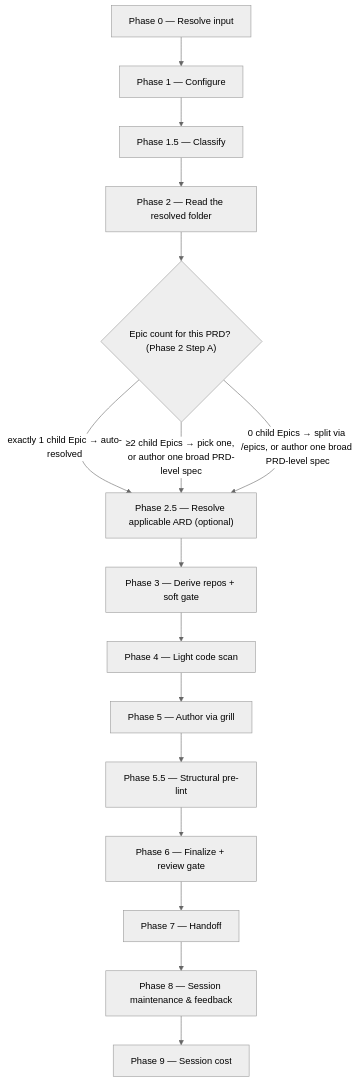
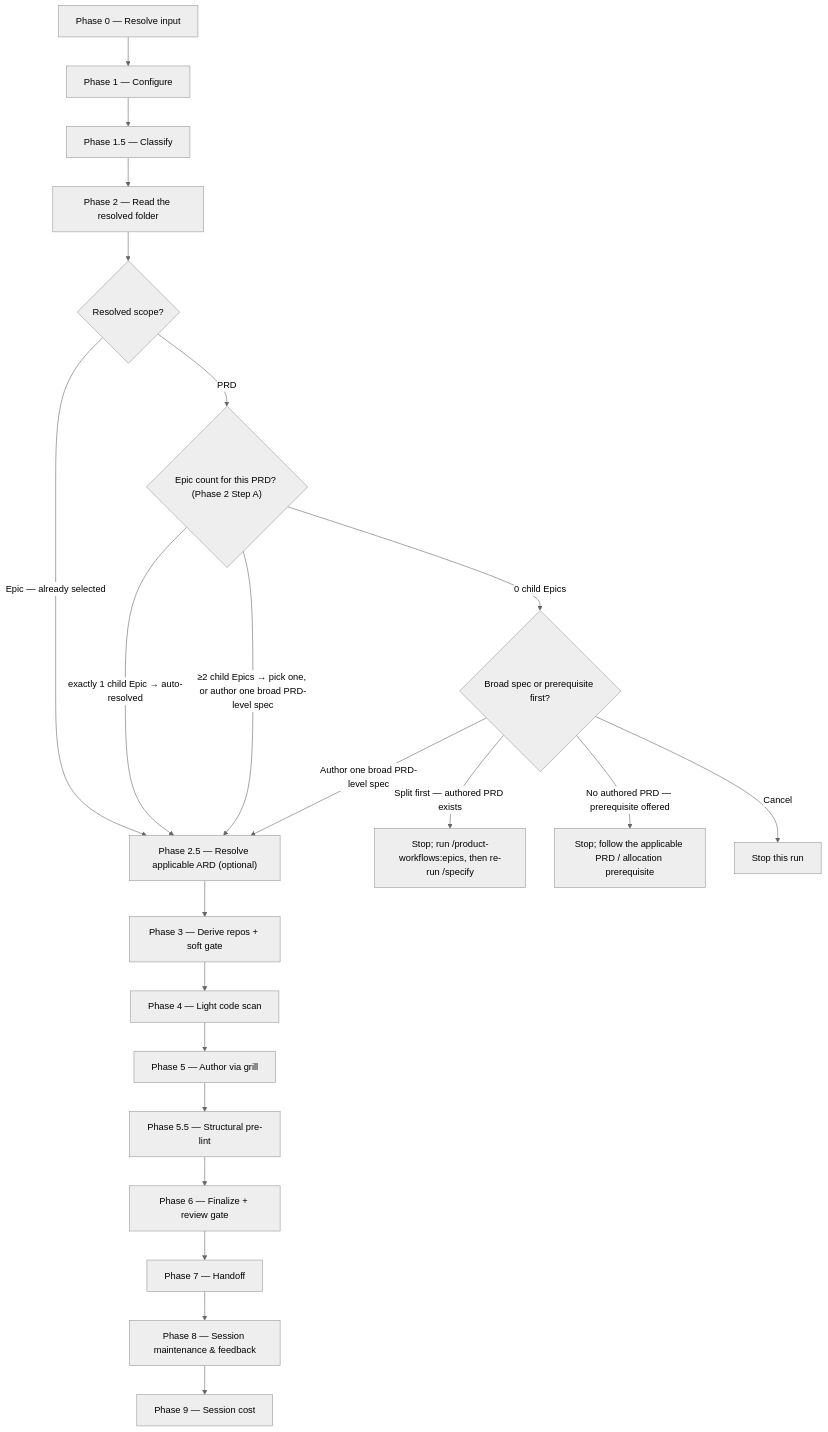
The diagram in plugins/product-workflows/docs/commands/specify.md (ihudak/ai-workflows), drawn with Mermaid (neutral theme) before and after one commit. The commit also changed other lines of this file and 10 other files, not shown here.

First line of the commit message:
docs: diagrams and workflow pages follow the commands they draw

````diff
--- a/plugins/product-workflows/docs/commands/specify.md
+++ b/plugins/product-workflows/docs/commands/specify.md
@@ -33,18 +33,24 @@
 ```mermaid
 flowchart TD
     p0["Phase 0 — Resolve input"] --> p1["Phase 1 — Configure"]
     p1 --> p15["Phase 1.5 — Classify"]
     p15 --> p2["Phase 2 — Read the resolved folder"]
-    p2 --> d1{"Epic count for this PRD? (Phase 2 Step A)"}
-    d1 -- "exactly 1 child Epic → auto-resolved" --> p25["Phase 2.5 — Resolve applicable ARD (optional)"]
+    p2 --> scope{"Resolved scope?"}
+    scope -->|Epic — already selected| p25["Phase 2.5 — Resolve applicable ARD (optional)"]
+    scope -->|PRD| d1{"Epic count for this PRD? (Phase 2 Step A)"}
+    d1 -- "exactly 1 child Epic → auto-resolved" --> p25
     d1 -- "≥2 child Epics → pick one, or author one broad PRD-level spec" --> p25
-    d1 -- "0 child Epics → split via /epics, or author one broad PRD-level spec" --> p25
+    d1 -->|"0 child Epics"| noepics{"Broad spec or prerequisite first?"}
+    noepics -->|"Author one broad PRD-level spec"| p25
+    noepics -->|"Split first — authored PRD exists"| split["Stop; run /product-workflows:epics, then re-run /specify"]
+    noepics -->|"No authored PRD — prerequisite offered"| prerequisite["Stop; follow the applicable PRD / allocation prerequisite"]
+    noepics -->|Cancel| cancel["Stop this run"]
     p25 --> p3["Phase 3 — Derive repos + soft gate"]
     p3 --> p4["Phase 4 — Light code scan"]
     p4 --> p5["Phase 5 — Author via grill"]
     p5 --> p55["Phase 5.5 — Structural pre-lint"]
     p55 --> p6["Phase 6 — Finalize + review gate"]
     p6 --> p7["Phase 7 — Handoff"]
     p7 --> p8["Phase 8 — Session maintenance & feedback"]
     p8 --> p9["Phase 9 — Session cost"]
 ```
````
